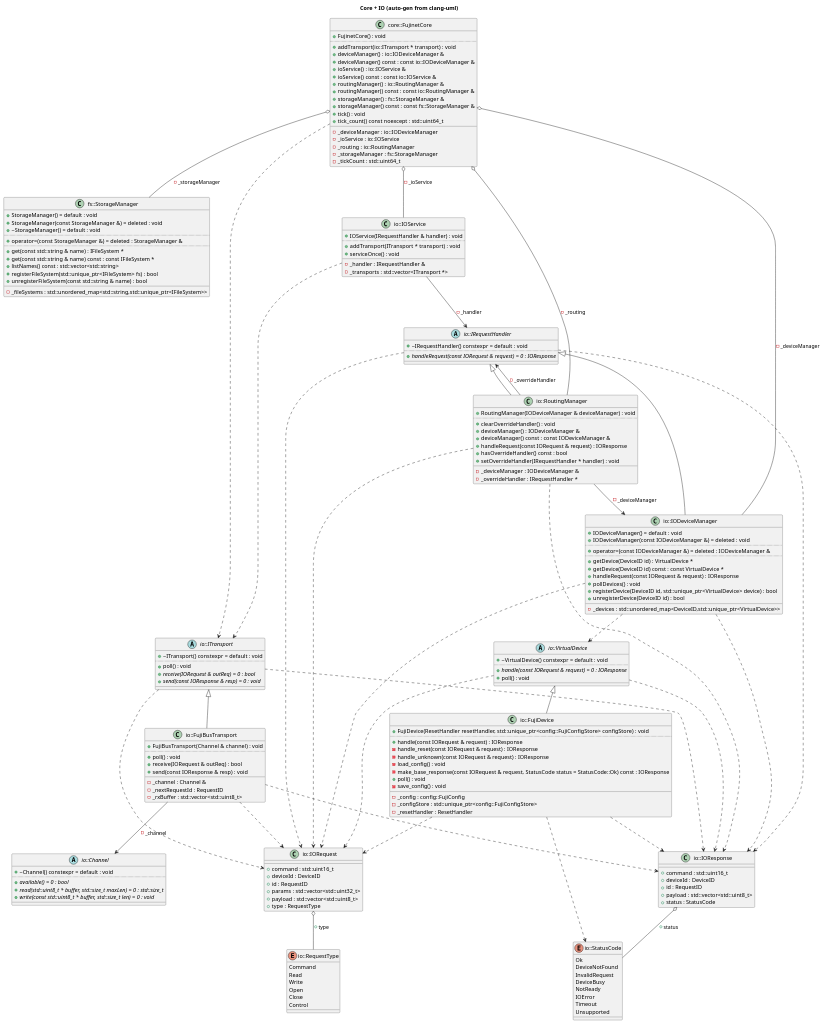
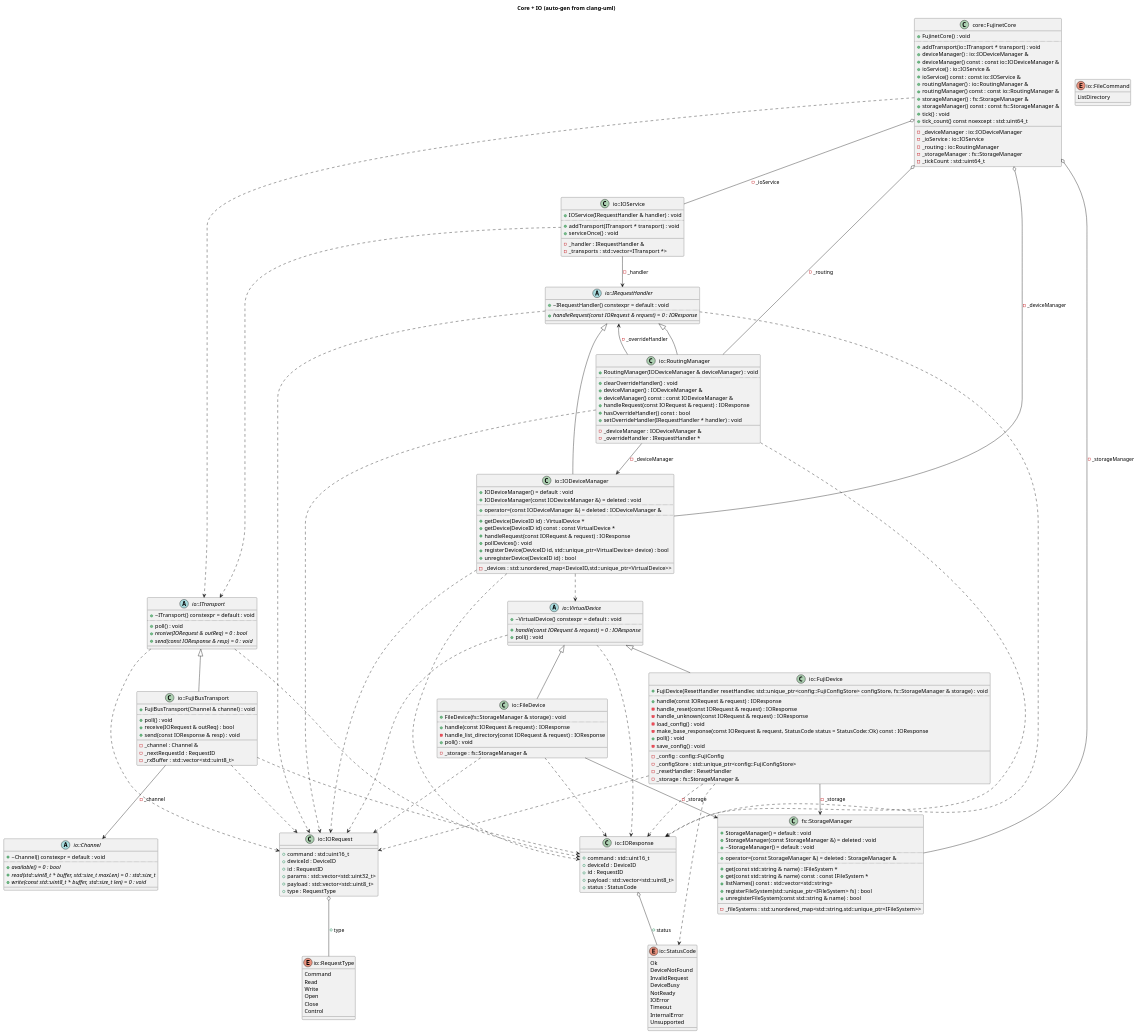
Before and after one commit to markjfisher/fujinet-nio: the diagram in docs/uml/gen_core_io.puml, drawn with PlantUML. The commit also changed 9 other files, not shown here.

Commit message:
chore: update auto-generated UML diagrams

```diff
--- a/docs/uml/gen_core_io.puml
+++ b/docs/uml/gen_core_io.puml
@@ -44,6 +44,7 @@
 NotReady
 IOError
 Timeout
+InternalError
 Unsupported
 }
 class "io::IOResponse" as C_0002942984525013396621
@@ -119,9 +120,32 @@
 -_deviceManager : IODeviceManager &
 -_overrideHandler : IRequestHandler *
 }
+abstract "io::Channel" as C_0008542343802949846318
+abstract C_0008542343802949846318 {
++~Channel() constexpr = default : void
+..
+{abstract} +available() = 0 : bool
+{abstract} +read(std::uint8_t * buffer, std::size_t maxLen) = 0 : std::size_t
+{abstract} +write(const std::uint8_t * buffer, std::size_t len) = 0 : void
+__
+}
+class "io::FileDevice" as C_0018348317585229177251
+class C_0018348317585229177251 {
++FileDevice(fs::StorageManager & storage) : void
+..
++handle(const IORequest & request) : IOResponse
+-handle_list_directory(const IORequest & request) : IOResponse
++poll() : void
+__
+-_storage : fs::StorageManager &
+}
+enum "io::FileCommand" as C_0018116508942845171561
+enum C_0018116508942845171561 {
+ListDirectory
+}
 class "io::FujiDevice" as C_0016024516082849980408
 class C_0016024516082849980408 {
-+FujiDevice(ResetHandler resetHandler, std::unique_ptr<config::FujiConfigStore> configStore) : void
++FujiDevice(ResetHandler resetHandler, std::unique_ptr<config::FujiConfigStore> configStore, fs::StorageManager & storage) : void
 ..
 +handle(const IORequest & request) : IOResponse
 -handle_reset(const IORequest & request) : IOResponse
@@ -134,15 +158,7 @@
 -_config : config::FujiConfig
 -_configStore : std::unique_ptr<config::FujiConfigStore>
 -_resetHandler : ResetHandler
-}
-abstract "io::Channel" as C_0008542343802949846318
-abstract C_0008542343802949846318 {
-+~Channel() constexpr = default : void
-..
-{abstract} +available() = 0 : bool
-{abstract} +read(std::uint8_t * buffer, std::size_t maxLen) = 0 : std::size_t
-{abstract} +write(const std::uint8_t * buffer, std::size_t len) = 0 : void
-__
+-_storage : fs::StorageManager &
 }
 class "io::FujiBusTransport" as C_0003433839086217597071
 class C_0003433839086217597071 {
@@ -197,9 +213,14 @@
 C_0005273847708888915350 --> C_0010794218937492142358 : -_deviceManager
 C_0005273847708888915350 --> C_0007350464861923755413 : -_overrideHandler
 C_0007350464861923755413 <|-- C_0005273847708888915350
+C_0018348317585229177251 ..> C_0002386736627821114488
+C_0018348317585229177251 ..> C_0002942984525013396621
+C_0018348317585229177251 --> C_0001279065520068563954 : -_storage
+C_0010069830097413987109 <|-- C_0018348317585229177251
 C_0016024516082849980408 ..> C_0002386736627821114488
 C_0016024516082849980408 ..> C_0002942984525013396621
 C_0016024516082849980408 ..> C_0012496700434923238249
+C_0016024516082849980408 --> C_0001279065520068563954 : -_storage
 C_0010069830097413987109 <|-- C_0016024516082849980408
 C_0003433839086217597071 ..> C_0002386736627821114488
 C_0003433839086217597071 ..> C_0002942984525013396621
```
